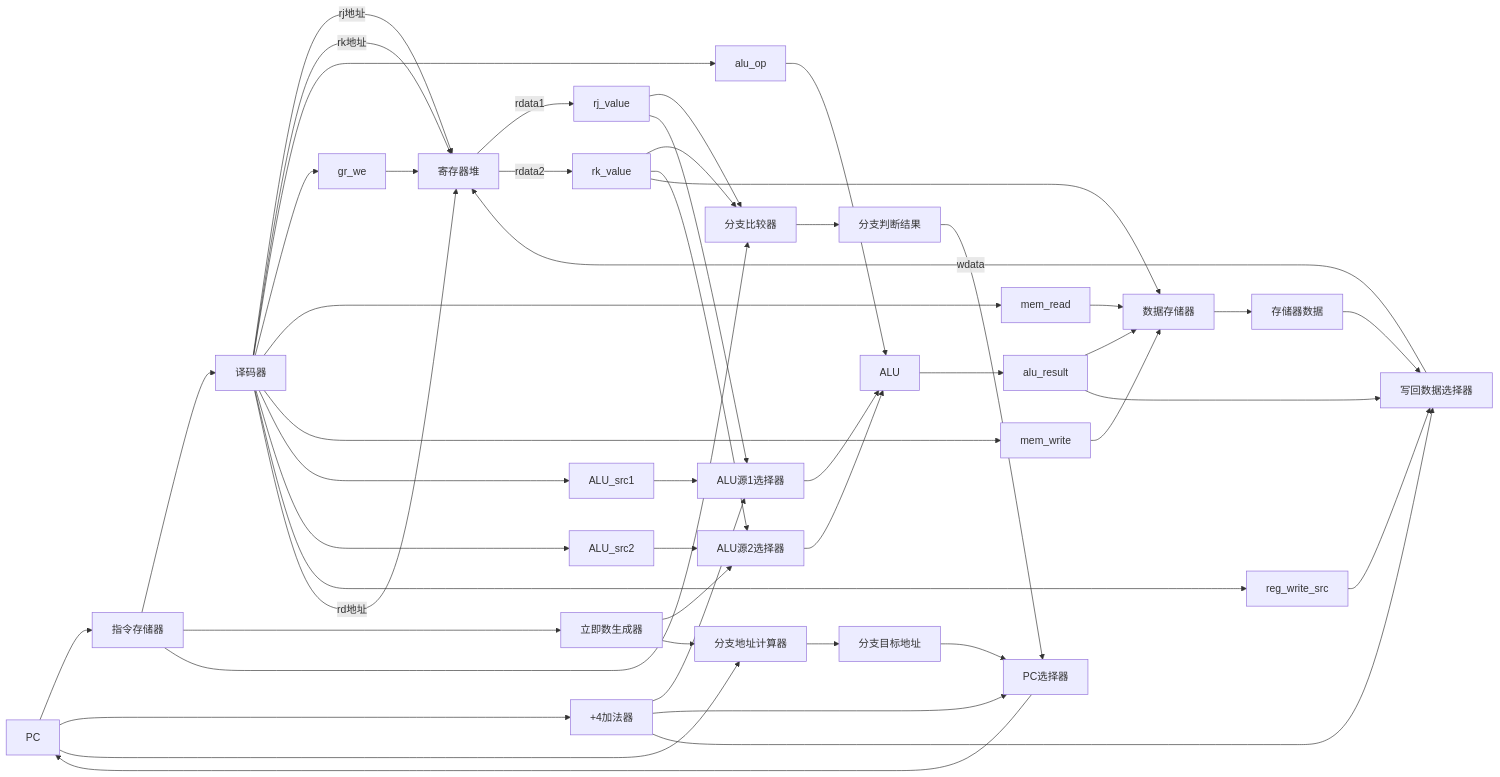
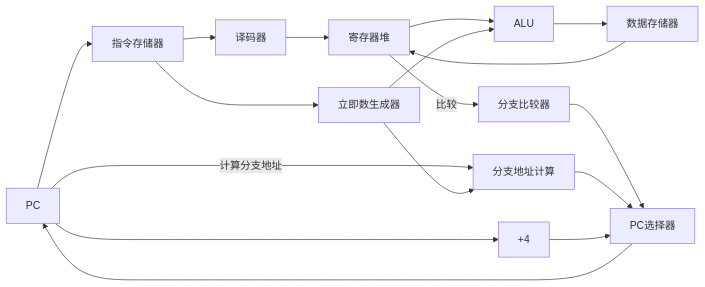
Before and after one commit to zhangjiaqizaza/riscv-datapath: the diagram in riscv_datapath.md, drawn with Mermaid. The commit also changed other lines of this file, not shown here.

````diff
--- a/riscv_datapath.md
+++ b/riscv_datapath.md
@@ -3,77 +3,27 @@
 ```mermaid
 flowchart LR
-    %% 单周期CPU设计 - 无流水线寄存器
+    %% 核心元件 - 简化清晰版本
     
-    %% 指令提取
     PC[PC] --> InstMem[指令存储器]
-    PC --> PCAdd4[+4加法器]
+    PC --> Add4[+4]
     
-    %% 指令译码和立即数生成
     InstMem --> Decoder[译码器]
     InstMem --> ImmGen[立即数生成器]
-    InstMem --> BranchComp[分支比较器]
     
-    %% 寄存器堆读取
-    Decoder --> |rj地址| RegFile[寄存器堆]
-    Decoder --> |rk地址| RegFile
-    RegFile --> |rdata1| RjValue[rj_value]
-    RegFile --> |rdata2| RkValue[rk_value]
+    Decoder --> RegFile[寄存器堆]
+    RegFile --> ALU[ALU]
+    ImmGen --> ALU
     
-    %% 分支比较
-    RjValue --> BranchComp
-    RkValue --> BranchComp
-    BranchComp --> BranchResult[分支判断结果]
+    RegFile --> |比较| BranchComp[分支比较器]
+    BranchComp --> PCMux[PC选择器]
     
-    %% 控制信号生成
-    Decoder --> ALUOp[alu_op]
-    Decoder --> RegWE[gr_we]
-    Decoder --> MemRead[mem_read]
-    Decoder --> MemWrite[mem_write]
-    Decoder --> ALUSrc1[ALU_src1]
-    Decoder --> ALUSrc2[ALU_src2]
-    Decoder --> RegWriteSrc[reg_write_src]
+    PC --> |计算分支地址| BranchAdder[分支地址计算]
+    ImmGen --> BranchAdder
+    BranchAdder --> PCMux
     
-    %% ALU输入选择
-    RjValue --> ALUSrc1Mux[ALU源1选择器]
-    PCAdd4 --> ALUSrc1Mux
-    ALUSrc1 --> ALUSrc1Mux
-    ALUSrc1Mux --> ALU[ALU]
+    ALU --> DataMem[数据存储器]
+    DataMem --> RegFile
     
-    RkValue --> ALUSrc2Mux[ALU源2选择器]
-    ImmGen --> ALUSrc2Mux
-    ALUSrc2 --> ALUSrc2Mux
-    ALUSrc2Mux --> ALU
-    
-    %% ALU运算
-    ALUOp --> ALU
-    ALU --> ALUResult[alu_result]
-    
-    %% 分支地址计算
-    PC --> BranchAdder[分支地址计算器]
-    ImmGen --> BranchAdder
-    BranchAdder --> BranchAddr[分支目标地址]
-    
-    %% 数据存储器访问
-    ALUResult --> DataMem[数据存储器]
-    RkValue --> DataMem
-    MemRead --> DataMem
-    MemWrite --> DataMem
-    DataMem --> MemData[存储器数据]
-    
-    %% PC选择器
-    PCAdd4 --> PCMux[PC选择器]
-    BranchAddr --> PCMux
-    BranchResult --> PCMux
+    Add4 --> PCMux
     PCMux --> PC
-    
-    %% 写回数据选择
-    ALUResult --> RegWriteMux[写回数据选择器]
-    MemData --> RegWriteMux
-    PCAdd4 --> RegWriteMux
-    RegWriteSrc --> RegWriteMux
-    
-    %% 寄存器写回
-    RegWriteMux --> |wdata| RegFile
-    Decoder --> |rd地址| RegFile
-    RegWE --> RegFile
 ```
````
